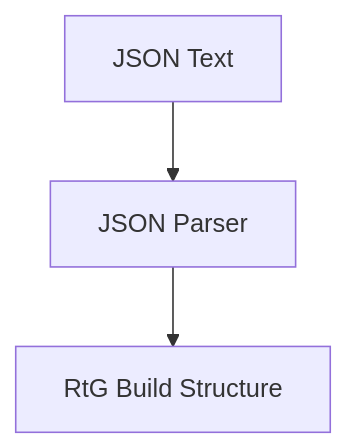
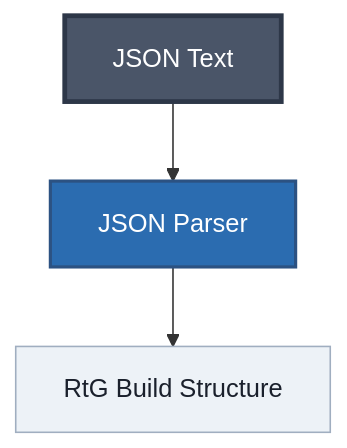
The tenth of 11 diagrams in compression/encoding.md (JuanCrakYT/RtG-Format), drawn with Mermaid before and after one commit. The commit also changed other lines of this file and 5 other files, not shown here.

Commit message:
Mermaid Refresh

````diff
--- a/compression/encoding.md
+++ b/compression/encoding.md
@@ -580,5 +594,13 @@
 ```mermaid
 flowchart TD
     A["JSON Text"] --> B["JSON Parser"]
     B --> C["RtG Build Structure"]
+
+    classDef root fill:#4a5568,color:#fff,stroke:#2d3748,stroke-width:3px;
+    classDef branch fill:#2b6cb0,color:#fff,stroke:#2c5282,stroke-width:2px;
+    classDef detail fill:#edf2f7,color:#1a202c,stroke:#a0aec0;
+
+    class A root;
+    class B branch;
+    class C detail;
 ```
````
